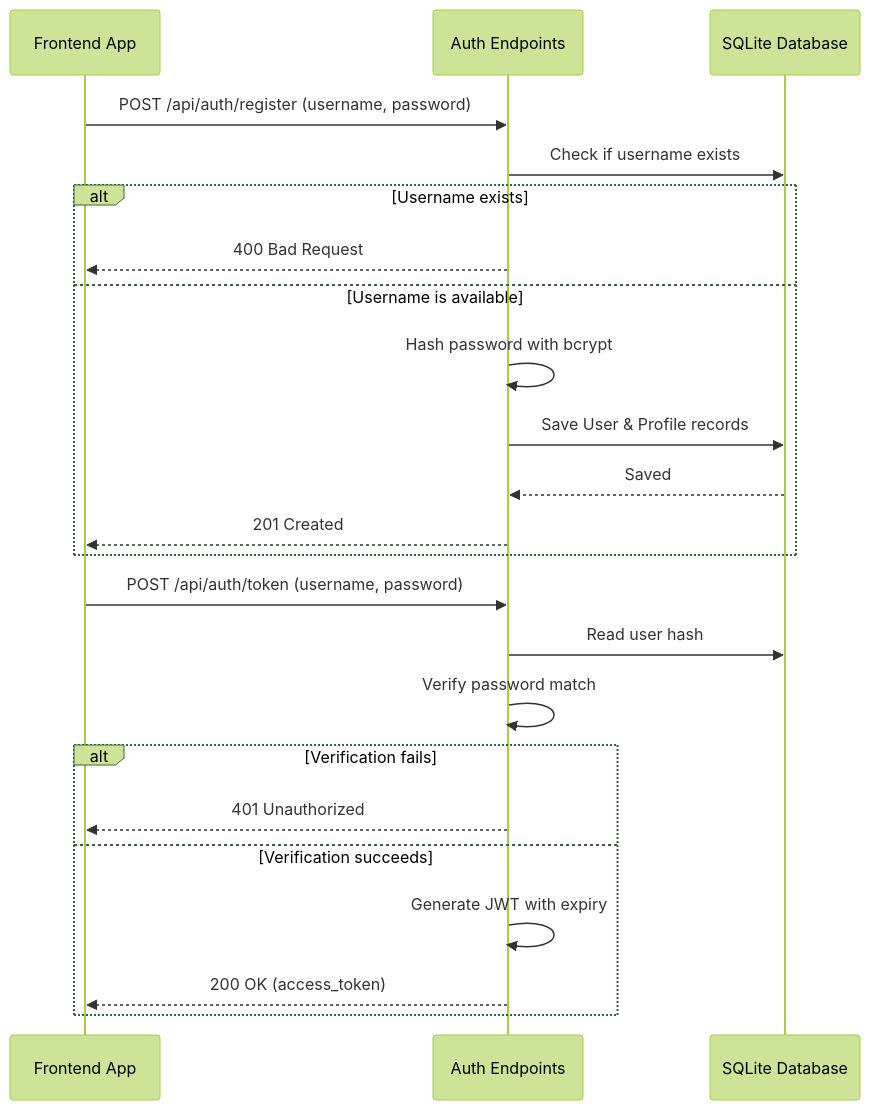
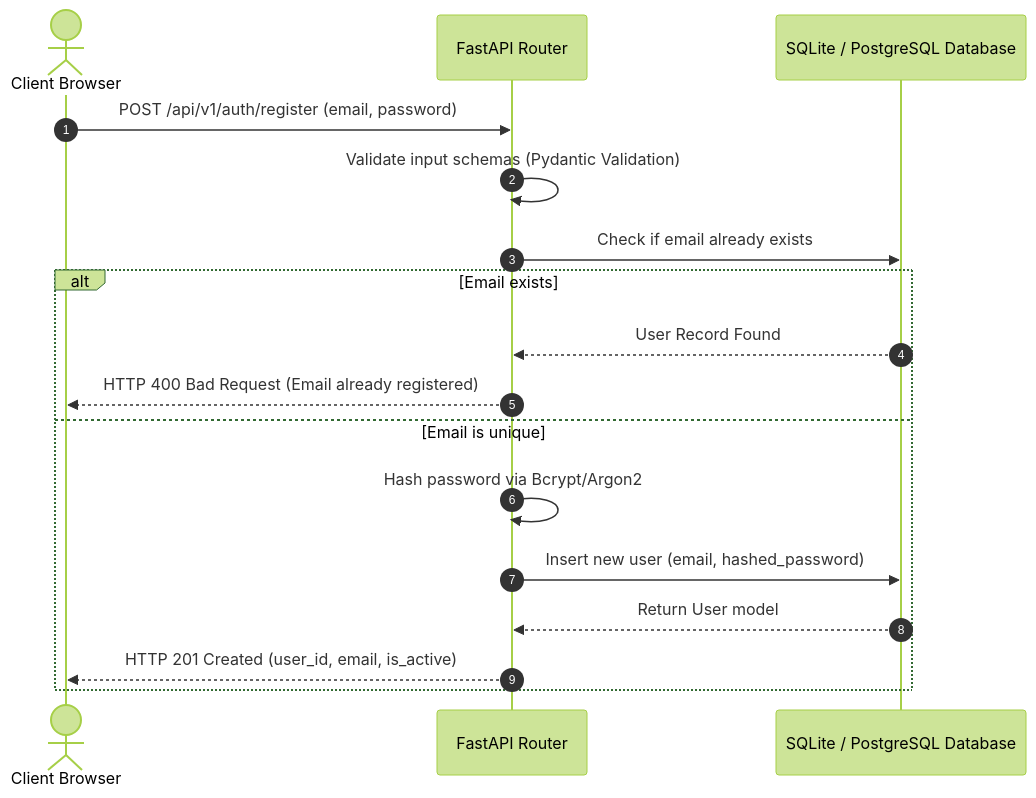
One commit to sskarz/Google-IO-Hackathon-2026 changed the second of 3 diagrams in DESIGN.md. Above: the diagram before and after it, drawn with Mermaid (forest theme). The commit also changed other lines of this file and 4 other files, not shown here.

````diff
--- a/DESIGN.md
+++ b/DESIGN.md
@@ -57,27 +62,20 @@
 ```mermaid
 sequenceDiagram
-    participant Browser as Frontend App
-    participant Auth as Auth Endpoints
-    participant DB as SQLite Database
-
-    Browser->>Auth: POST /api/auth/register (username, password)
-    Auth->>DB: Check if username exists
-    alt Username exists
-        Auth-->>Browser: 400 Bad Request
-    else Username is available
-        Auth->>Auth: Hash password with bcrypt
-        Auth->>DB: Save User & Profile records
-        DB-->>Auth: Saved
-        Auth-->>Browser: 201 Created
-    end
-
-    Browser->>Auth: POST /api/auth/token (username, password)
-    Auth->>DB: Read user hash
-    Auth->>Auth: Verify password match
-    alt Verification fails
-        Auth-->>Browser: 401 Unauthorized
-    else Verification succeeds
-        Auth->>Auth: Generate JWT with expiry
-        Auth-->>Browser: 200 OK (access_token)
+    autonumber
+    actor User as Client Browser
+    participant API as FastAPI Router
+    participant DB as SQLite / PostgreSQL Database
+    
+    User->>API: POST /api/v1/auth/register (email, password)
+    API->>API: Validate input schemas (Pydantic Validation)
+    API->>DB: Check if email already exists
+    alt Email exists
+        DB-->>API: User Record Found
+        API-->>User: HTTP 400 Bad Request (Email already registered)
+    else Email is unique
+        API->>API: Hash password via Bcrypt/Argon2
+        API->>DB: Insert new user (email, hashed_password)
+        DB-->>API: Return User model
+        API-->>User: HTTP 201 Created (user_id, email, is_active)
     end
 ```
````
